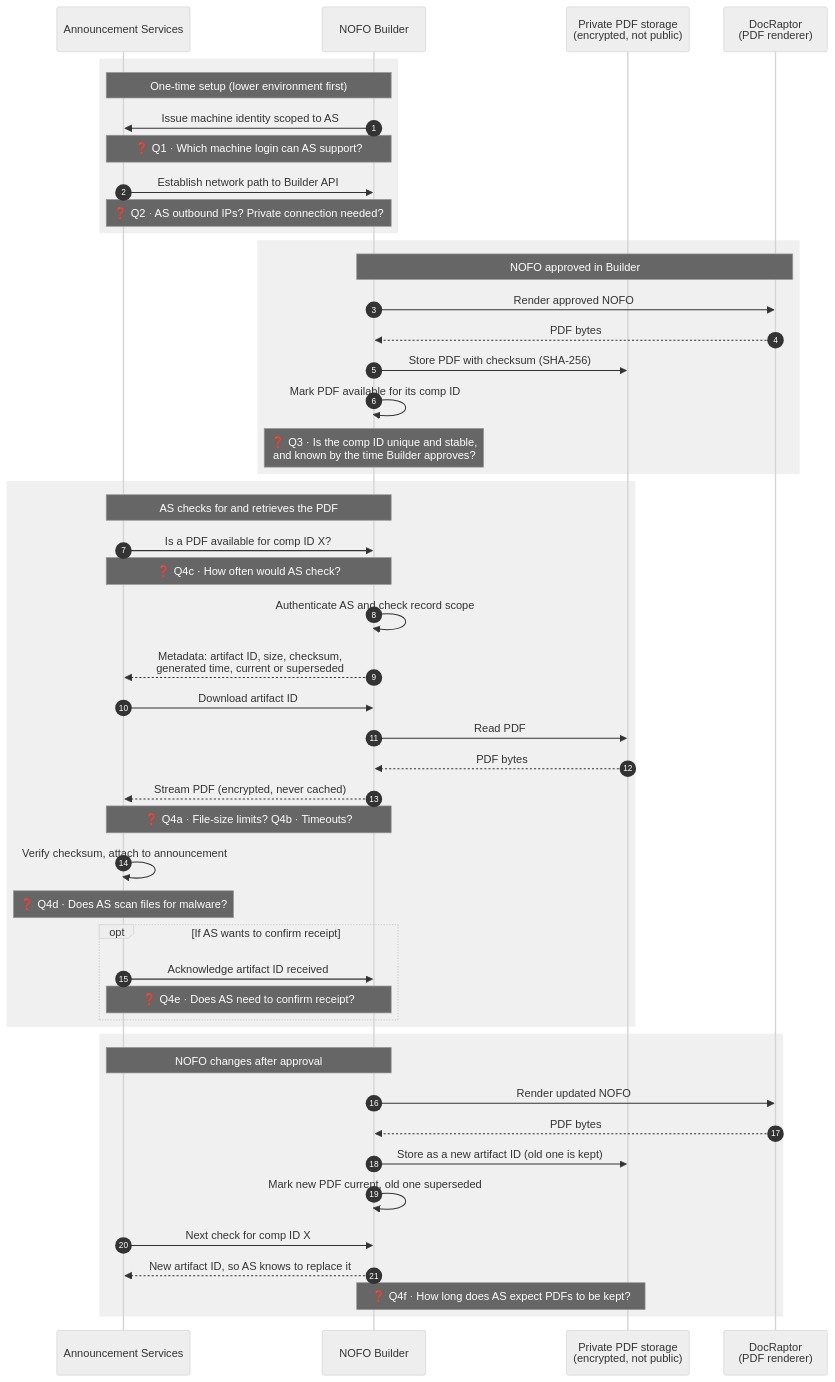
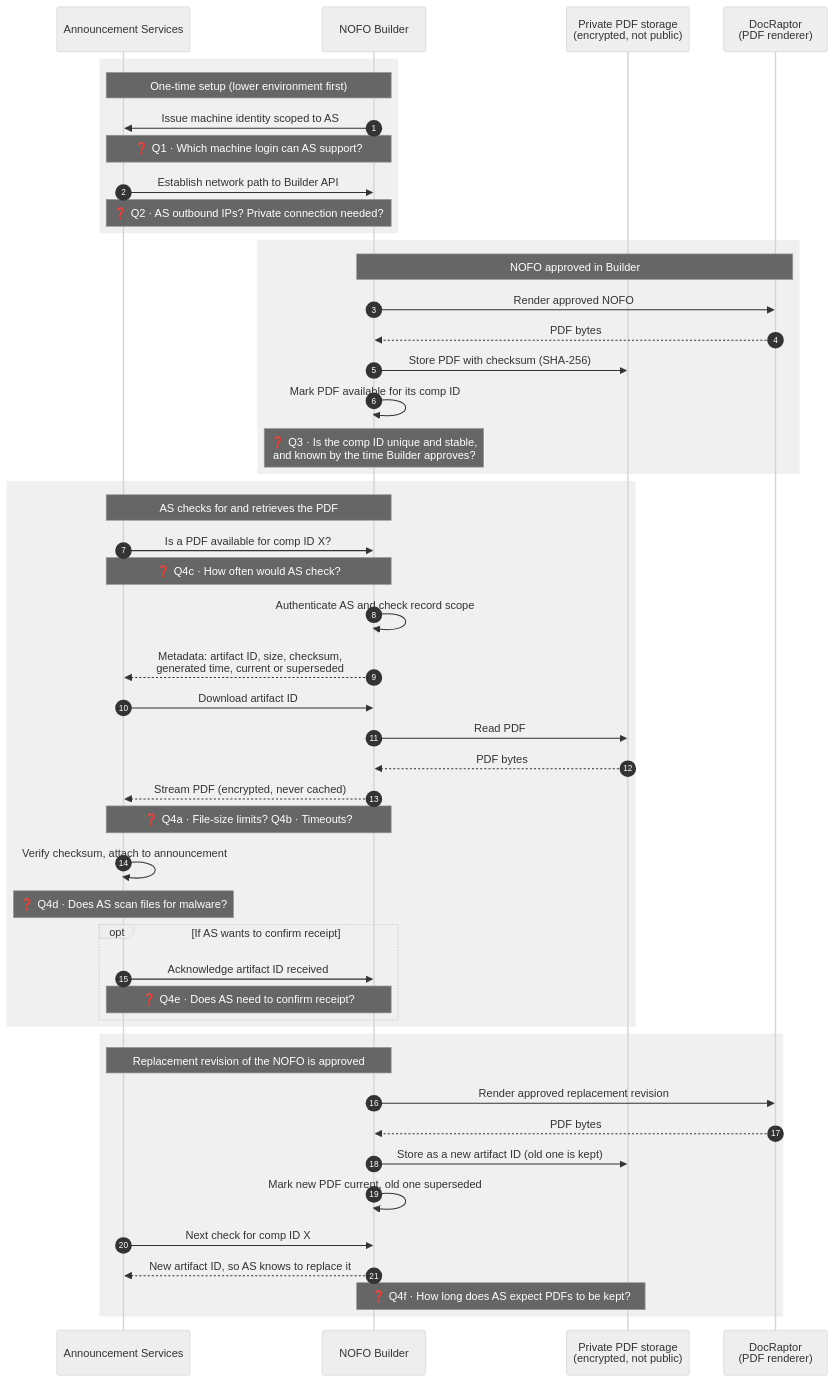
One commit to HHS/simpler-grants-pdf-builder changed the diagram in documentation/PDF_ARTIFACT_RETRIEVAL_PROPOSAL.md. Above: the diagram before and after it, drawn with Mermaid (neutral theme). The commit also changed other lines of this file and 1 other file, not shown here.

````diff
--- a/documentation/PDF_ARTIFACT_RETRIEVAL_PROPOSAL.md
+++ b/documentation/PDF_ARTIFACT_RETRIEVAL_PROPOSAL.md
@@ -36,55 +40,55 @@
 ```mermaid
 sequenceDiagram
     autonumber
     participant AS as Announcement Services
     participant B as NOFO Builder
     participant S as Private PDF storage<br/>(encrypted, not public)
     participant D as DocRaptor<br/>(PDF renderer)
 
     rect rgba(128,128,128,0.12)
     Note over AS,B: One-time setup (lower environment first)
     B->>AS: Issue machine identity scoped to AS
     Note over AS,B: ❓ Q1 · Which machine login can AS support?
     AS->>B: Establish network path to Builder API
     Note over AS,B: ❓ Q2 · AS outbound IPs? Private connection needed?
     end
 
     rect rgba(128,128,128,0.12)
     Note over B,D: NOFO approved in Builder
     B->>D: Render approved NOFO
     D-->>B: PDF bytes
     B->>S: Store PDF with checksum (SHA-256)
     B->>B: Mark PDF available for its comp ID
     Note over B: ❓ Q3 · Is the comp ID unique and stable,<br/>and known by the time Builder approves?
     end
 
     rect rgba(128,128,128,0.12)
     Note over AS,B: AS checks for and retrieves the PDF
     AS->>B: Is a PDF available for comp ID X?
     Note over AS,B: ❓ Q4c · How often would AS check?
     B->>B: Authenticate AS and check record scope
     B-->>AS: Metadata: artifact ID, size, checksum,<br/>generated time, current or superseded
     AS->>B: Download artifact ID
     B->>S: Read PDF
     S-->>B: PDF bytes
     B-->>AS: Stream PDF (encrypted, never cached)
     Note over AS,B: ❓ Q4a · File-size limits? Q4b · Timeouts?
     AS->>AS: Verify checksum, attach to announcement
     Note over AS: ❓ Q4d · Does AS scan files for malware?
     opt If AS wants to confirm receipt
         AS->>B: Acknowledge artifact ID received
         Note over AS,B: ❓ Q4e · Does AS need to confirm receipt?
     end
     end
 
     rect rgba(128,128,128,0.12)
-    Note over AS,B: NOFO changes after approval
-    B->>D: Render updated NOFO
+    Note over AS,B: Replacement revision of the NOFO is approved
+    B->>D: Render approved replacement revision
     D-->>B: PDF bytes
     B->>S: Store as a new artifact ID (old one is kept)
     B->>B: Mark new PDF current, old one superseded
     AS->>B: Next check for comp ID X
     B-->>AS: New artifact ID, so AS knows to replace it
     Note over B,S: ❓ Q4f · How long does AS expect PDFs to be kept?
     end
 ```
````
